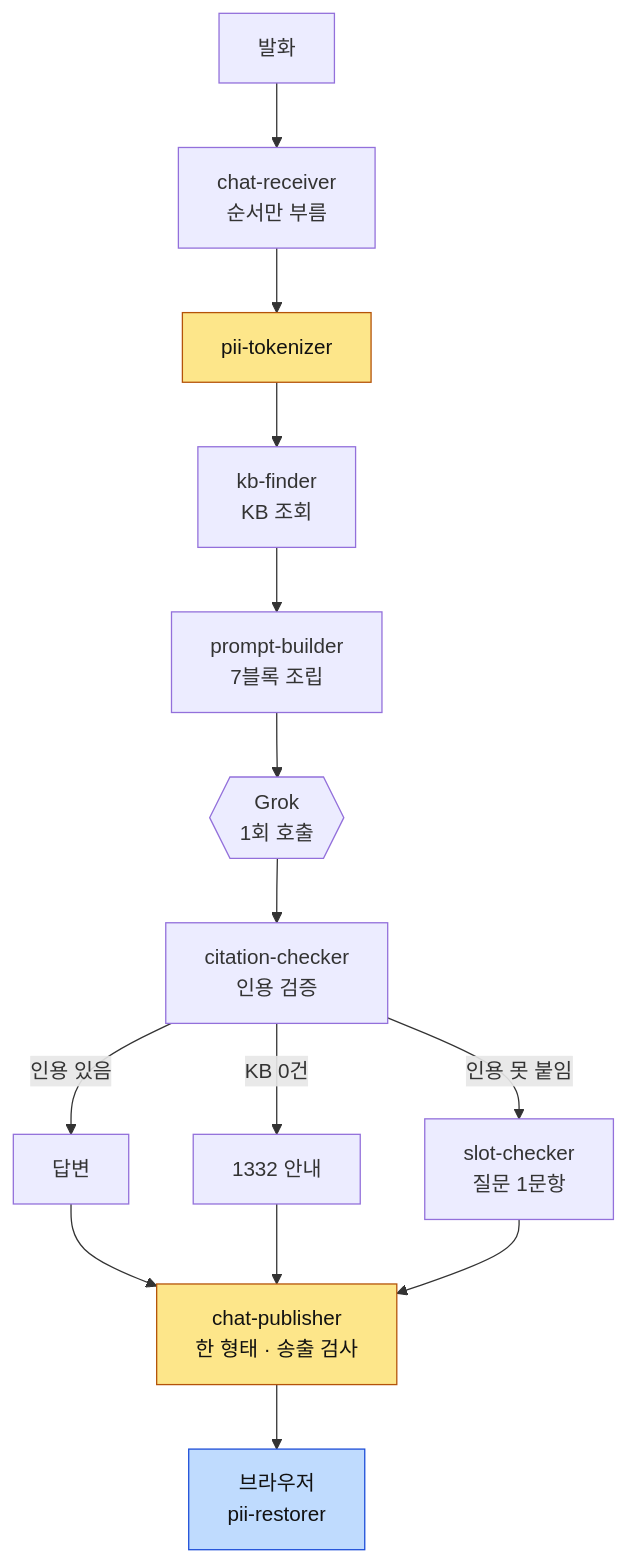
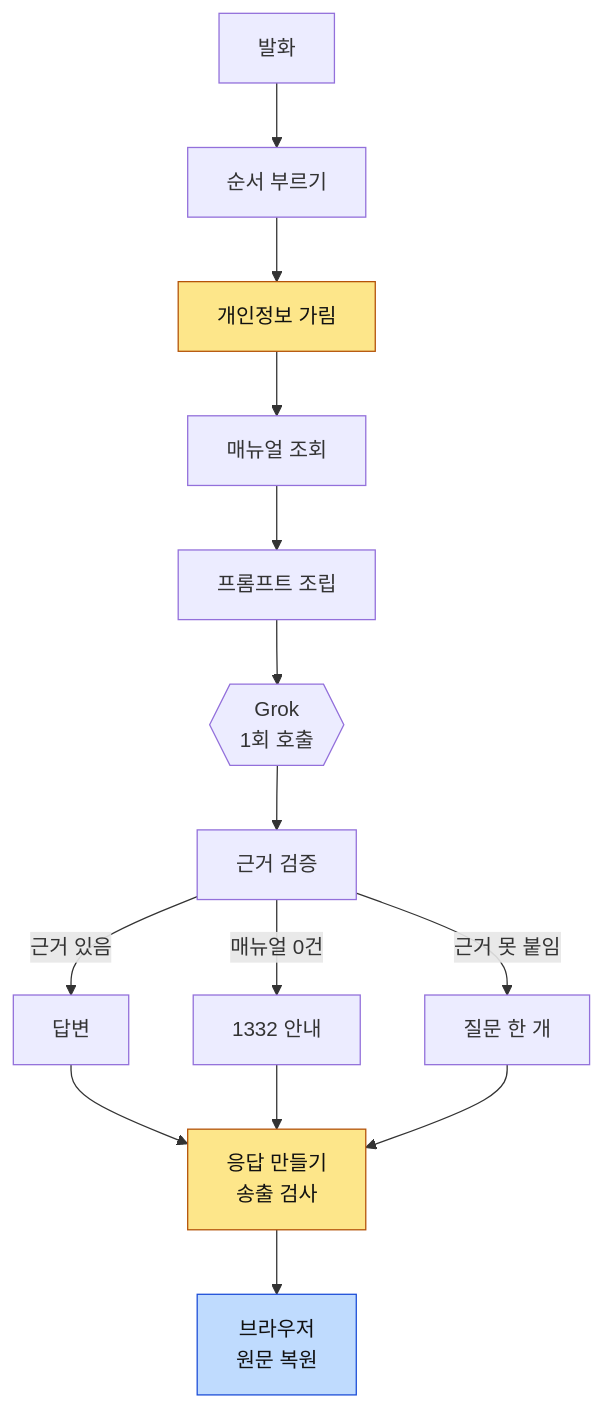
One commit to Dojaegyum/fsec-ai-challenge changed the fourth of 10 diagrams in ARCHITECTURE.md. Above: the diagram before and after it, drawn with Mermaid. The commit also changed other lines of this file, not shown here.

First line of the commit message:
ARCHITECTURE.md 그림에서 코드 이름을 빼고 하는 일을 한글로 적는다 — 상자 한 줄은 한글 10자·영문 10자 안으로, 모듈 이름은 그림 아래 표로, 머리말·「이 문서의 자리」·설명조 문장은 없앤다

````diff
--- a/ARCHITECTURE.md
+++ b/ARCHITECTURE.md
@@ -206,22 +178,22 @@
 ```mermaid
 flowchart TB
-    IN["발화"] --> RECV["chat-receiver<br/>순서만 부름"]
-    RECV --> TOK["pii-tokenizer"]
-    TOK --> FIND["kb-finder<br/>KB 조회"]
-    FIND --> PB["prompt-builder<br/>7블록 조립"]
+    IN["발화"] --> RECV["순서 부르기"]
+    RECV --> TOK["개인정보 가림"]
+    TOK --> FIND["매뉴얼 조회"]
+    FIND --> PB["프롬프트 조립"]
     PB --> LLM{{"Grok<br/>1회 호출"}}
-    LLM --> CC["citation-checker<br/>인용 검증"]
+    LLM --> CC["근거 검증"]
 
-    CC -->|"인용 있음"| OUT["답변"]
-    CC -->|"KB 0건"| G1332["1332 안내"]
-    CC -->|"인용 못 붙임"| SLOT["slot-checker<br/>질문 1문항"]
+    CC -->|"근거 있음"| OUT["답변"]
+    CC -->|"매뉴얼 0건"| G1332["1332 안내"]
+    CC -->|"근거 못 붙임"| SLOT["질문 한 개"]
 
-    OUT --> PUB["chat-publisher<br/>한 형태 · 송출 검사"]
+    OUT --> PUB["응답 만들기<br/>송출 검사"]
     G1332 --> PUB
     SLOT --> PUB
-    PUB --> BR["브라우저<br/>pii-restorer"]
+    PUB --> BR["브라우저<br/>원문 복원"]
 
     style TOK fill:#fde68a,stroke:#b45309,color:#111
     style PUB fill:#fde68a,stroke:#b45309,color:#111
     style BR fill:#bfdbfe,stroke:#1d4ed8,color:#111
 ```
````
